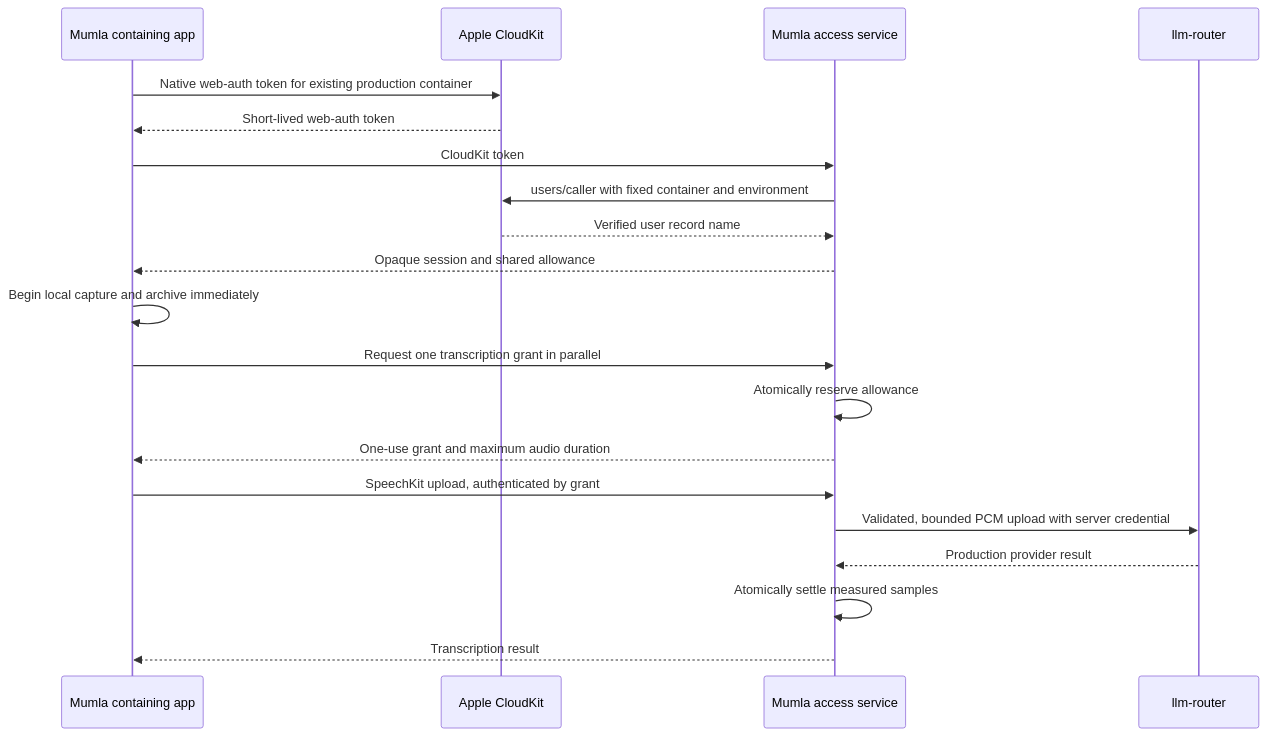
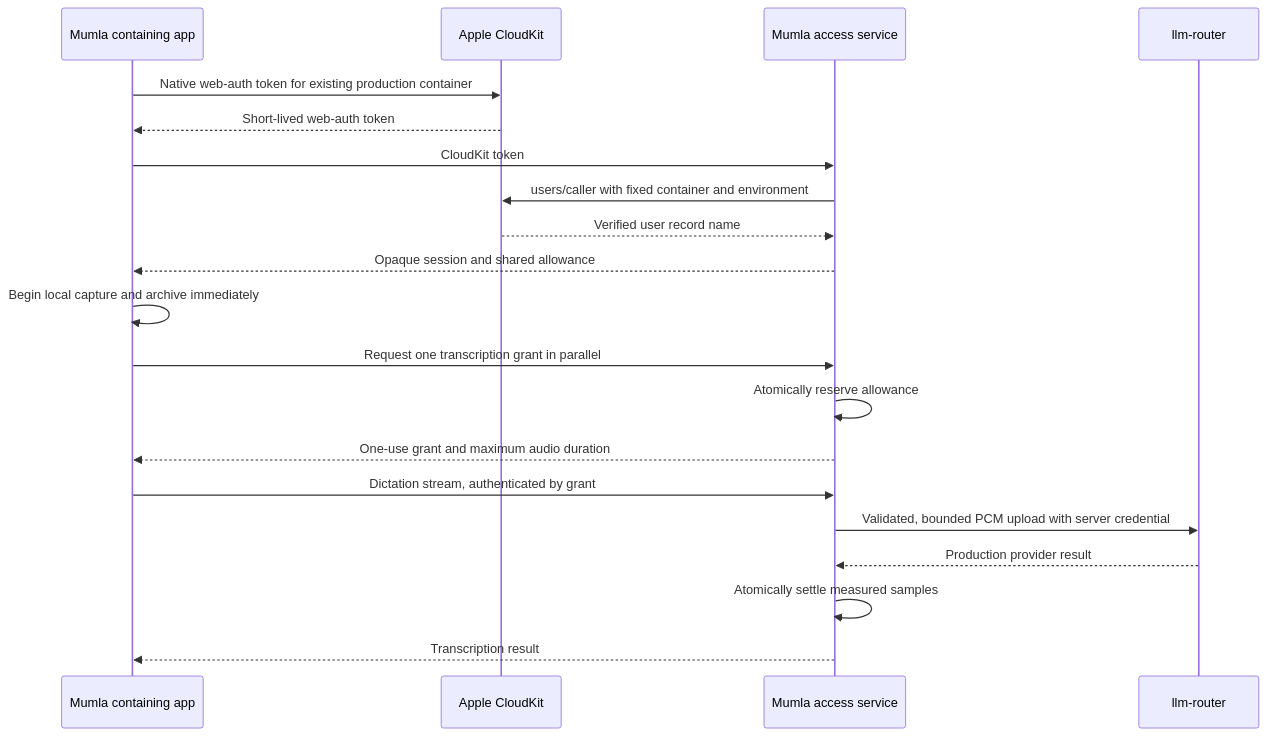
The diagram in docs/design/mumla-access-service.md (emileberhard/Mumla), drawn with Mermaid before and after one commit. The commit also changed other lines of this file and 2 other files, not shown here.

First line of the commit message:
Bound the dictionary in the stream's start message

````diff
--- a/docs/design/mumla-access-service.md
+++ b/docs/design/mumla-access-service.md
@@ -44,22 +44,22 @@
 ```mermaid
 sequenceDiagram
     participant A as Mumla containing app
     participant C as Apple CloudKit
     participant M as Mumla access service
     participant R as llm-router
     A->>C: Native web-auth token for existing production container
     C-->>A: Short-lived web-auth token
     A->>M: CloudKit token
     M->>C: users/caller with fixed container and environment
     C-->>M: Verified user record name
     M-->>A: Opaque session and shared allowance
     A->>A: Begin local capture and archive immediately
     A->>M: Request one transcription grant in parallel
     M->>M: Atomically reserve allowance
     M-->>A: One-use grant and maximum audio duration
-    A->>M: SpeechKit upload, authenticated by grant
+    A->>M: Dictation stream, authenticated by grant
     M->>R: Validated, bounded PCM upload with server credential
     R-->>M: Production provider result
     M->>M: Atomically settle measured samples
     M-->>A: Transcription result
 ```
````
